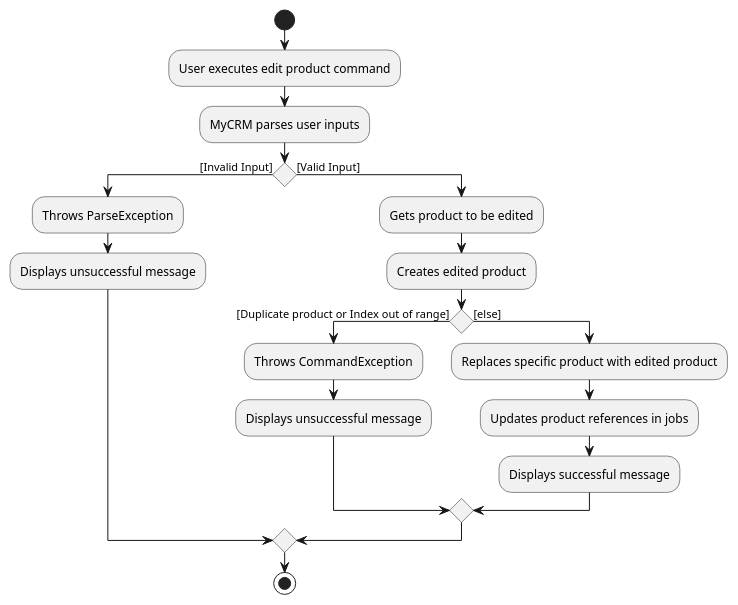
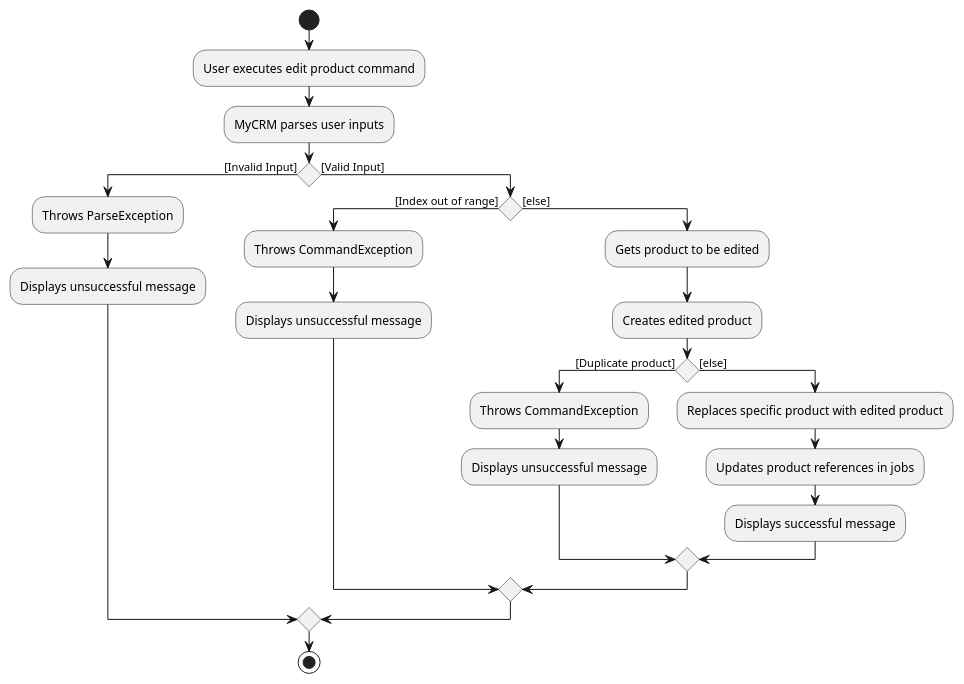
Before and after one commit to ooawagaeri/tp: the diagram in docs/diagrams/product/EditProductActivityDiagram.puml, drawn with PlantUML. The commit also changed 8 other files, not shown here.

Commit message:
Modify diagram. Update screenshots in UG.

```diff
--- a/docs/diagrams/product/EditProductActivityDiagram.puml
+++ b/docs/diagrams/product/EditProductActivityDiagram.puml
@@ -1,21 +1,26 @@
 @startuml
 start
 :User executes edit product command;
 :MyCRM parses user inputs;
 if () then ([Invalid Input])
     :Throws ParseException;
     :Displays unsuccessful message;
 else ([Valid Input])
+if () then ([Index out of range])
+    :Throws CommandException;
+    :Displays unsuccessful message;
+else ([else])
 :Gets product to be edited;
 :Creates edited product;
-if () then ([Duplicate product or Index out of range])
+if () then ([Duplicate product])
     :Throws CommandException;
     :Displays unsuccessful message;
 else ([else])
     :Replaces specific product with edited product;
     :Updates product references in jobs;
     :Displays successful message;
 endif
 endif
+endif
 stop
 @enduml
```
